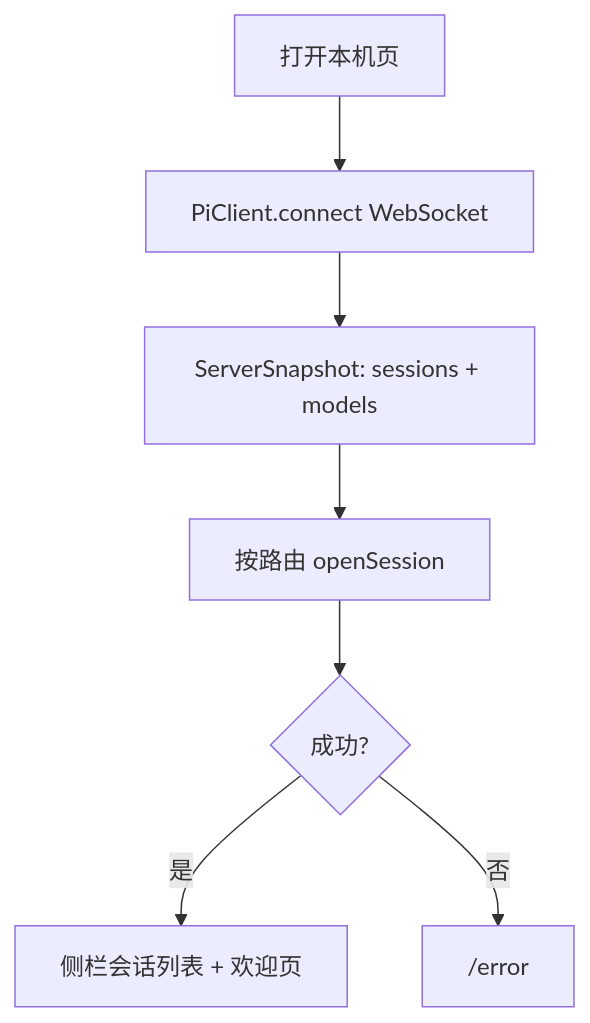
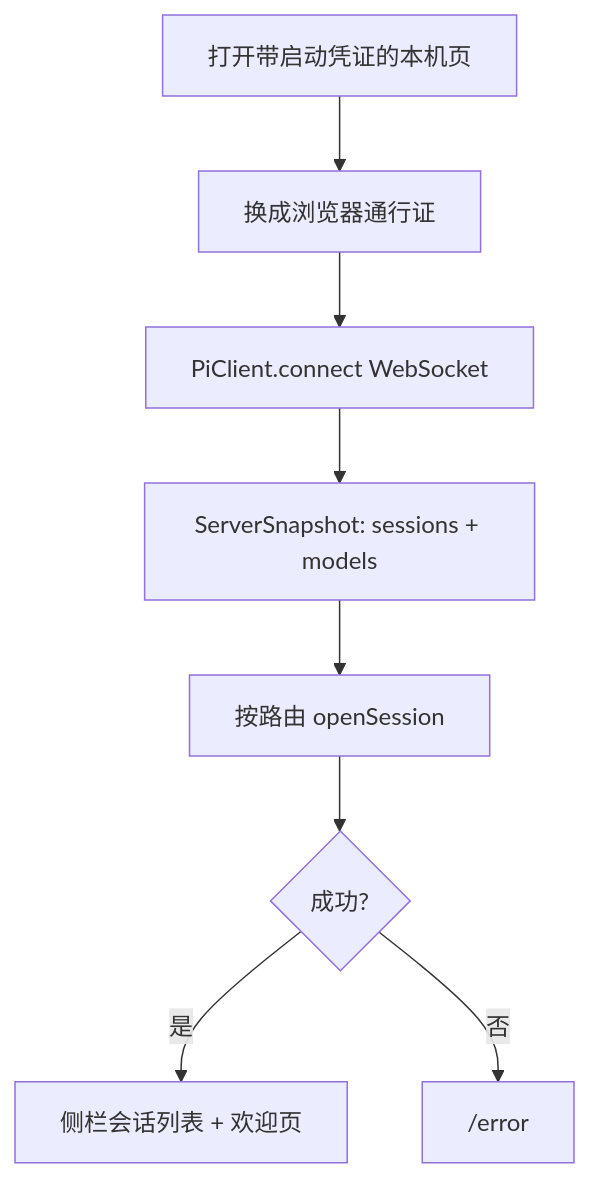
Before and after one commit to minuque/pig: the second of 8 diagrams in JOURNEYS.md, drawn with Mermaid. The commit also changed other lines of this file and 19 other files, not shown here.

````diff
--- a/JOURNEYS.md
+++ b/JOURNEYS.md
@@ -33,9 +33,10 @@
 ```mermaid
 flowchart TB
-  Open["打开本机页"] --> WS["PiClient.connect WebSocket"]
+  Open["打开带启动凭证的本机页"] --> Cookie["换成浏览器通行证"]
+  Cookie --> WS["PiClient.connect WebSocket"]
   WS --> Snap["ServerSnapshot: sessions + models"]
   Snap --> Init["按路由 openSession"]
   Init --> Gate{"成功?"}
   Gate -->|是| Inbox["侧栏会话列表 + 欢迎页"]
   Gate -->|否| Err["/error"]
 ```
````
